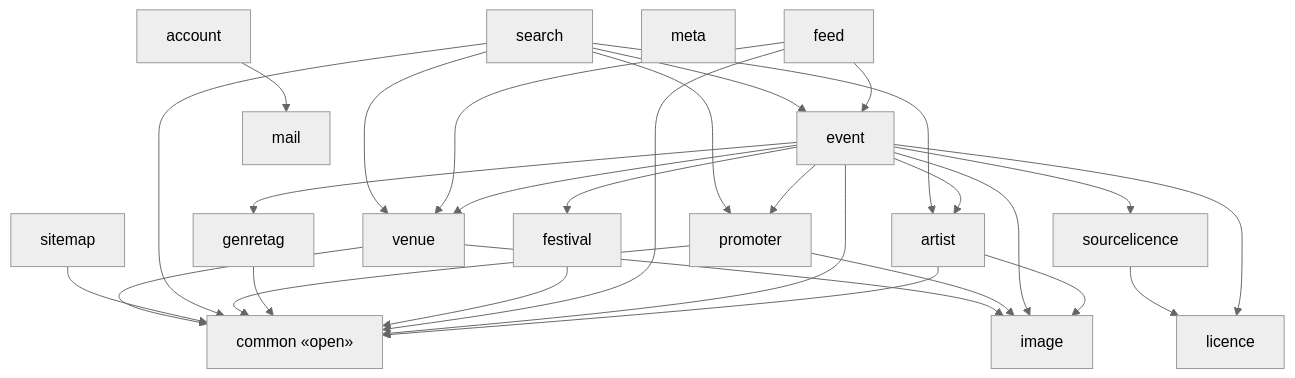
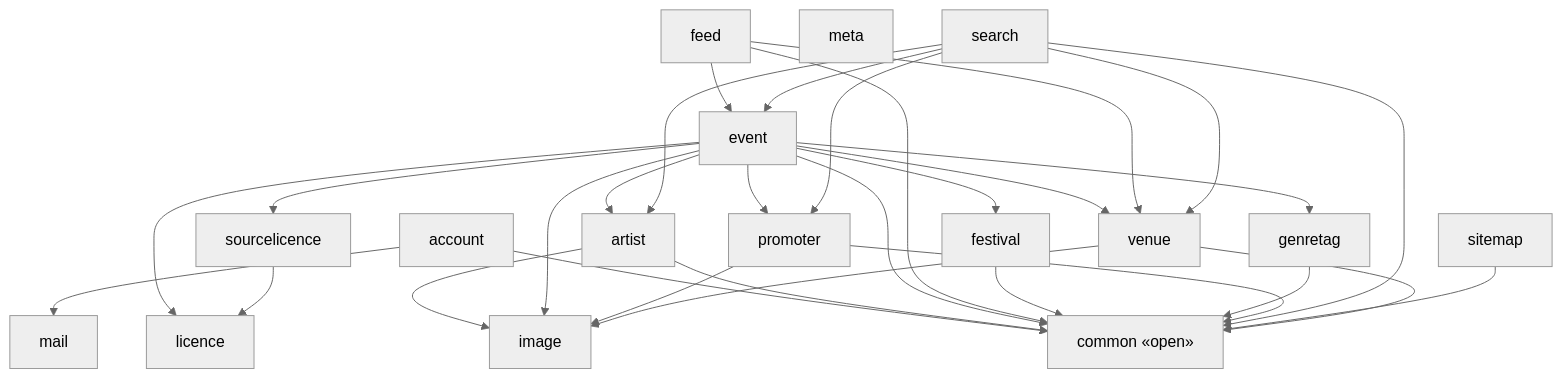
Before and after one commit to enorm-labs/event-junkie: the diagram in docs/architecture/modules-events-bff.md, drawn with Mermaid (neutral theme). The commit also changed 15 other files, not shown here.

````diff
--- a/docs/architecture/modules-events-bff.md
+++ b/docs/architecture/modules-events-bff.md
@@ -9,48 +9,49 @@
 ```mermaid
 flowchart TD
     account["account"]
     artist["artist"]
     common["common «open»"]
     event["event"]
     feed["feed"]
     festival["festival"]
     genretag["genretag"]
     image["image"]
     licence["licence"]
     mail["mail"]
     meta["meta"]
     promoter["promoter"]
     search["search"]
     sitemap["sitemap"]
     sourcelicence["sourcelicence"]
     venue["venue"]
 
+    account --> common
     account --> mail
     artist --> common
     artist --> image
     event --> artist
     event --> common
     event --> festival
     event --> genretag
     event --> image
     event --> licence
     event --> promoter
     event --> sourcelicence
     event --> venue
     feed --> common
     feed --> event
     feed --> venue
     festival --> common
     genretag --> common
     promoter --> common
     promoter --> image
     search --> artist
     search --> common
     search --> event
     search --> promoter
     search --> venue
     sitemap --> common
     sourcelicence --> licence
     venue --> common
     venue --> image
 ```
````
